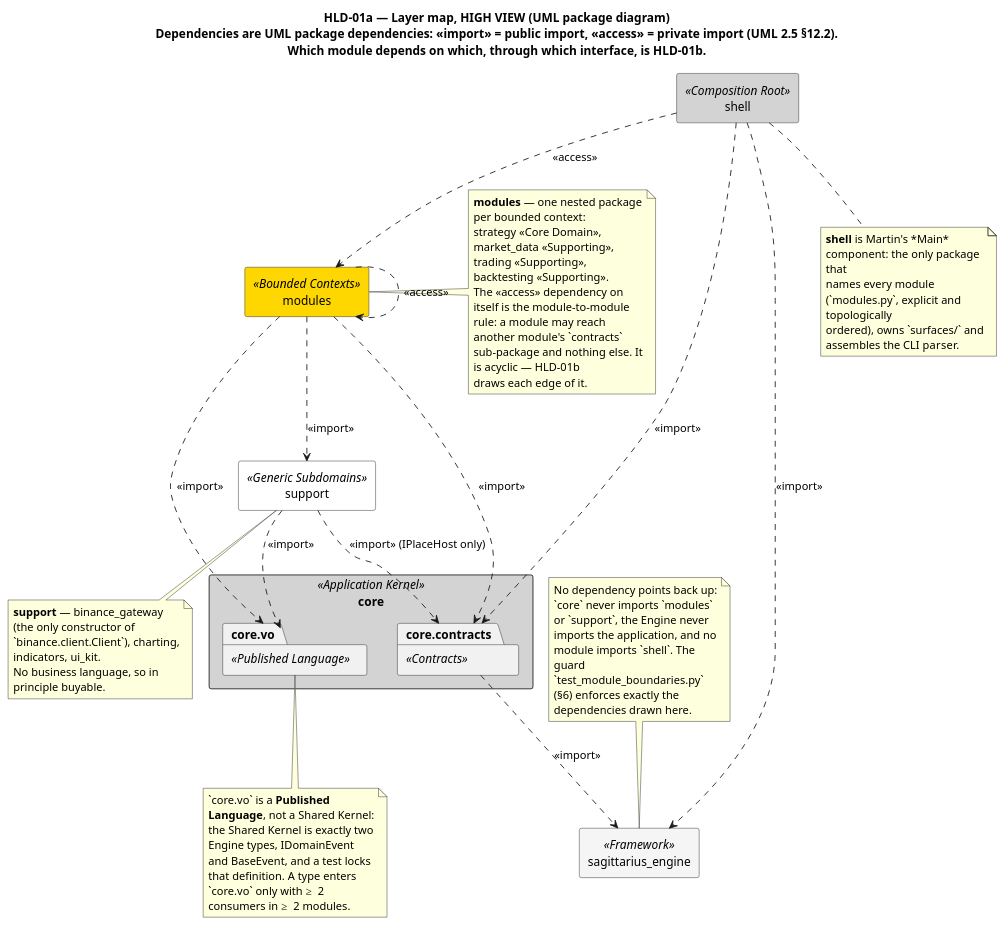
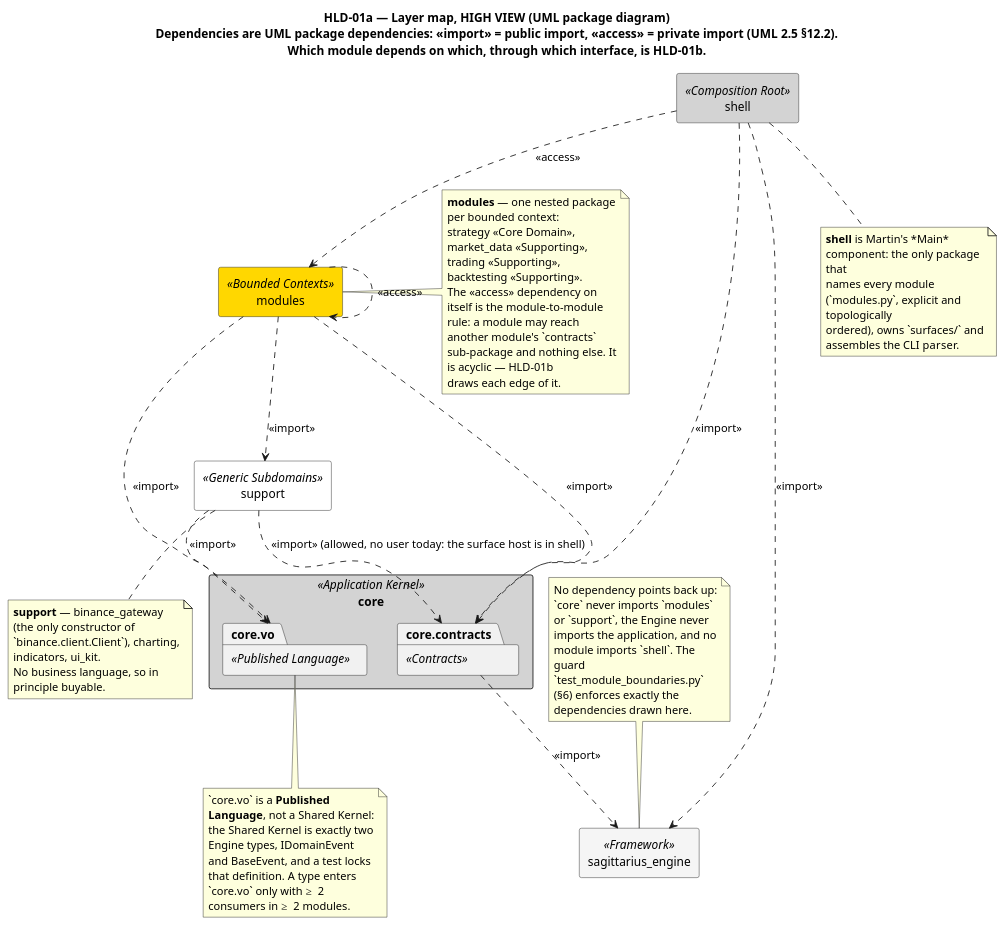
Before and after one commit to anhembedded/Sagittarius_Elite_Warrior: the diagram in Docs/HLD/diagrams/hld-01a_layer_map.puml, drawn with PlantUML. The commit also changed 4 other files, not shown here.

```diff
--- a/Docs/HLD/diagrams/hld-01a_layer_map.puml
+++ b/Docs/HLD/diagrams/hld-01a_layer_map.puml
@@ -1,65 +1,65 @@
 @startuml hld-01a_layer_map
 title HLD-01a — Layer map, HIGH VIEW (UML **package diagram**)\nDependencies are UML package dependencies: «import» = public import, «access» = private import (UML 2.5 §12.2).\nWhich module depends on which, through which interface, is HLD-01b.
 skinparam packageStyle rectangle
 skinparam wrapWidth 200
 
 package shell <<Composition Root>> #LightGray {
 }
 package modules <<Bounded Contexts>> #Gold {
 }
 package support <<Generic Subdomains>> #White {
 }
 package core <<Application Kernel>> #LightGray {
   package "core.contracts" <<Contracts>>
   package "core.vo" <<Published Language>>
 }
 package sagittarius_engine <<Framework>> #WhiteSmoke {
 }
 
 shell ..> modules : <<access>>
 shell ..> "core.contracts" : <<import>>
 shell ..> sagittarius_engine : <<import>>
 modules ..> modules : <<access>>
 modules ..> support : <<import>>
 modules ..> "core.contracts" : <<import>>
 modules ..> "core.vo" : <<import>>
 support ..> "core.vo" : <<import>>
-support ..> "core.contracts" : <<import>> (IPlaceHost only)
+support ..> "core.contracts" : <<import>> (allowed, no user today: the surface host is in shell)
 "core.contracts" ..> sagittarius_engine : <<import>>
 
 note right of modules
   **modules** — one nested package per bounded context:
   strategy <<Core Domain>>, market_data <<Supporting>>,
   trading <<Supporting>>, backtesting <<Supporting>>.
   The «access» dependency on itself is the module-to-module
   rule: a module may reach another module's `contracts`
   sub-package and nothing else. It is acyclic — HLD-01b
   draws each edge of it.
 end note
 
 note bottom of shell
   **shell** is Martin's *Main* component: the only package that
   names every module (`modules.py`, explicit and topologically
   ordered), owns `surfaces/` and assembles the CLI parser.
 end note
 
 note bottom of support
   **support** — binance_gateway (the only constructor of
   `binance.client.Client`), charting, indicators, ui_kit.
   No business language, so in principle buyable.
 end note
 
 note bottom of "core.vo"
   `core.vo` is a **Published Language**, not a Shared Kernel:
   the Shared Kernel is exactly two Engine types, IDomainEvent
   and BaseEvent, and a test locks that definition. A type enters
   `core.vo` only with ≥ 2 consumers in ≥ 2 modules.
 end note
 
 note top of sagittarius_engine
   No dependency points back up: `core` never imports `modules`
   or `support`, the Engine never imports the application, and no
   module imports `shell`. The guard `test_module_boundaries.py`
   (§6) enforces exactly the dependencies drawn here.
 end note
 @enduml
```
